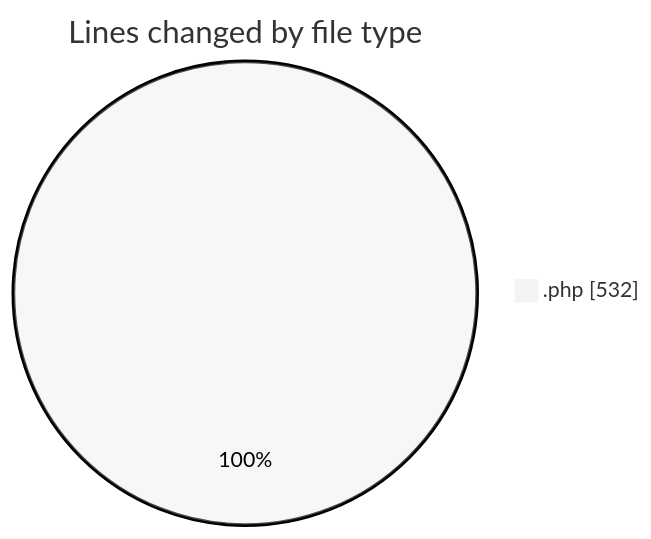
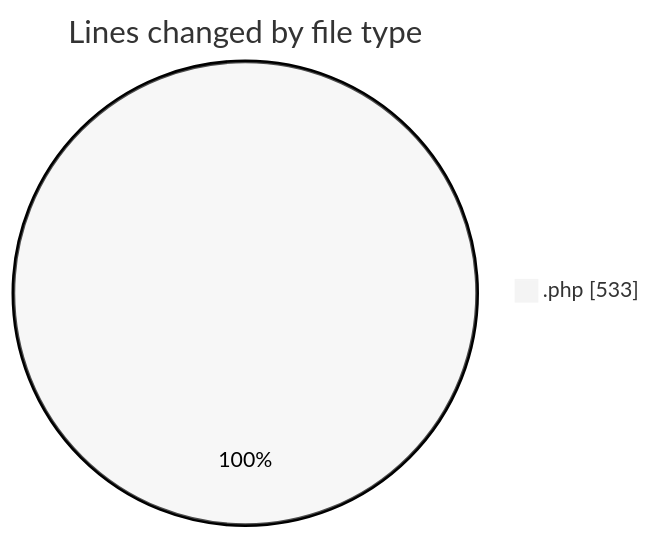
The first of 2 diagrams in 2025-06-20/zeytoon/README.md (vahidmafi/code-tracking), drawn with Mermaid (neutral theme) before and after one commit. The commit also changed other lines of this file and 1 other file, not shown here.

````diff
--- a/2025-06-20/zeytoon/README.md
+++ b/2025-06-20/zeytoon/README.md
@@ -20,5 +20,5 @@
 ```mermaid
 pie showData
 title Lines changed by file type
-".php" : 532
+".php" : 533
 ```
````
